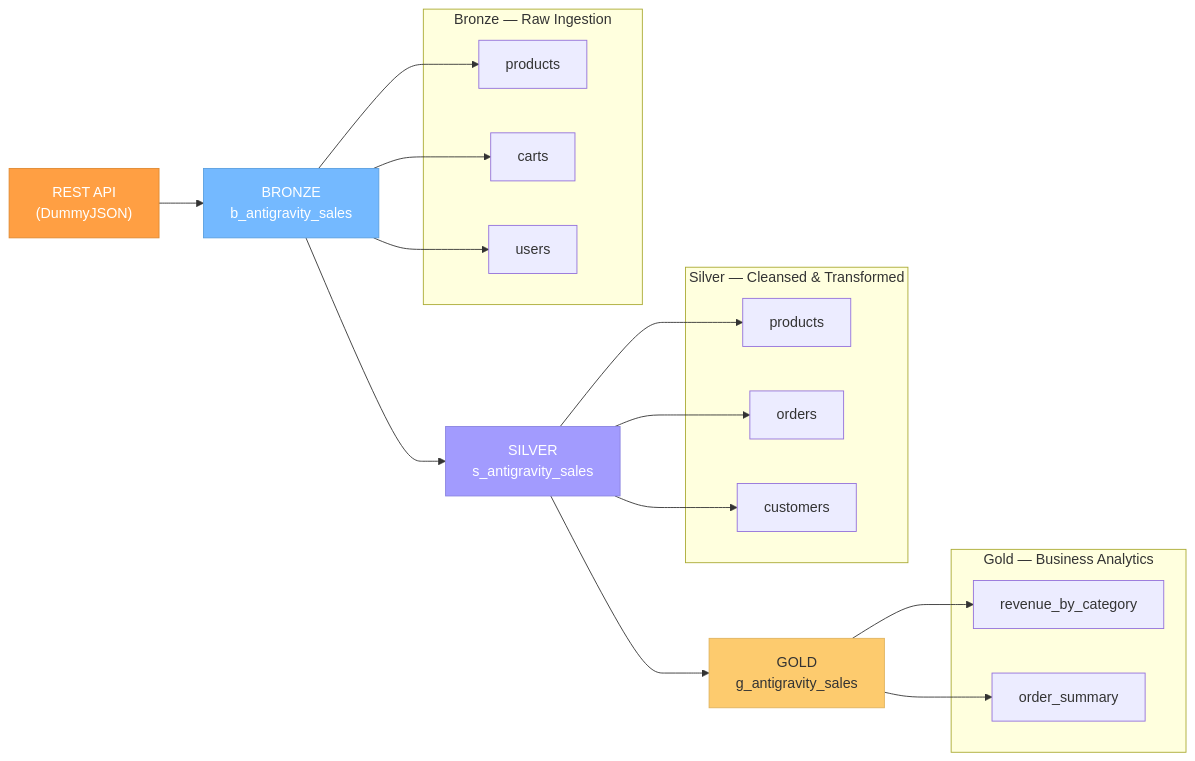
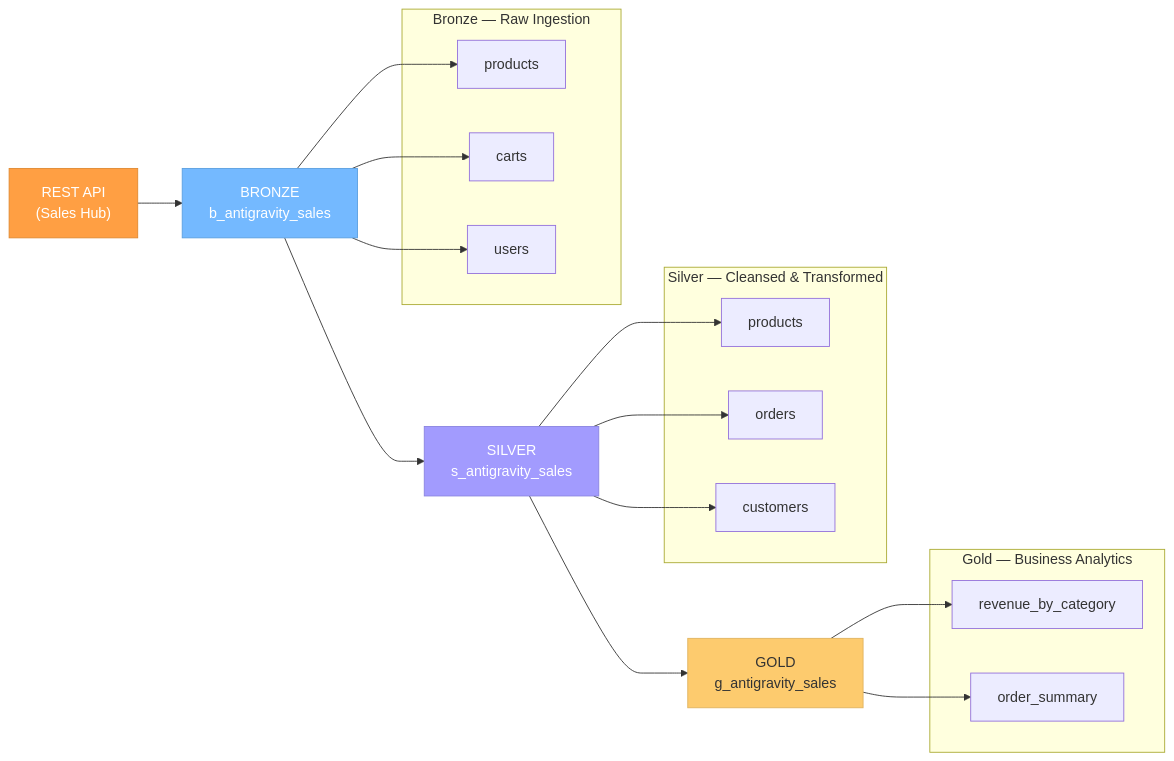
The second of 2 diagrams in demo/demo-overview.md (Yenugutala/antigravity-dev-assistant), drawn with Mermaid before and after one commit. The commit also changed other lines of this file and 12 other files, not shown here.

````diff
--- a/demo/demo-overview.md
+++ b/demo/demo-overview.md
@@ -113,37 +113,37 @@
 ```mermaid
 graph LR
-    API["REST API\n(DummyJSON)"] --> B["BRONZE\nb_antigravity_sales"]
+    API["REST API\n(Sales Hub)"] --> B["BRONZE\nb_antigravity_sales"]
     B --> S["SILVER\ns_antigravity_sales"]
     S --> G["GOLD\ng_antigravity_sales"]
 
     subgraph Bronze ["Bronze — Raw Ingestion"]
         B1["products"]
         B2["carts"]
         B3["users"]
     end
 
     subgraph Silver ["Silver — Cleansed & Transformed"]
         S1["products"]
         S2["orders"]
         S3["customers"]
     end
 
     subgraph Gold ["Gold — Business Analytics"]
         G1["revenue_by_category"]
         G2["order_summary"]
     end
 
     B --> B1
     B --> B2
     B --> B3
     S --> S1
     S --> S2
     S --> S3
     G --> G1
     G --> G2
 
     style API fill:#FF9F43,stroke:#E08930,color:#fff
     style B fill:#74B9FF,stroke:#5A9FE0,color:#fff
     style S fill:#A29BFE,stroke:#8A83E0,color:#fff
     style G fill:#FDCB6E,stroke:#E0B35E,color:#333
 ```
````
